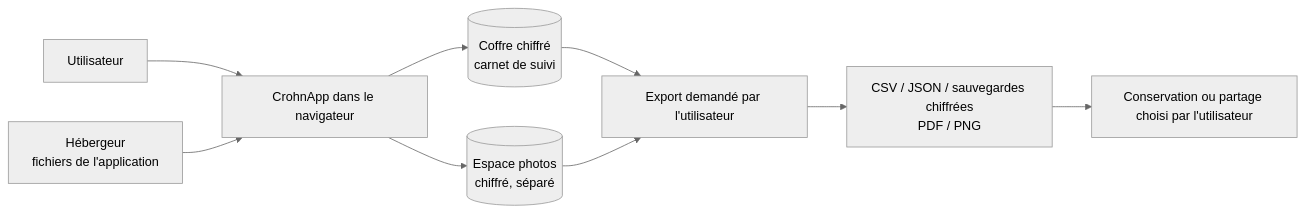
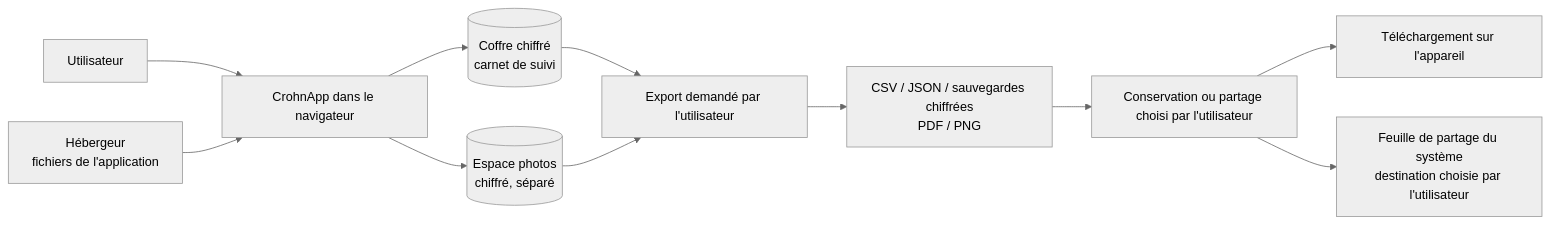
The diagram in compliance/flux_donnees.md (VivreleHpi/crohnapp-docs), drawn with Mermaid (neutral theme) before and after one commit. The commit also changed other lines of this file and 1 other file, not shown here.

Commit message:
docs(conformité): revérifier les flux de données et la sécurité des exports sur v1.2.4

````diff
--- a/compliance/flux_donnees.md
+++ b/compliance/flux_donnees.md
@@ -13,11 +10,13 @@
 ```mermaid
 flowchart LR
   U[Utilisateur] --> PWA[CrohnApp dans le navigateur]
   H[Hébergeur<br/>fichiers de l'application] --> PWA
   PWA --> Carnet[(Coffre chiffré<br/>carnet de suivi)]
   PWA --> Photos[(Espace photos<br/>chiffré, séparé)]
   Carnet --> Exports[Export demandé par l'utilisateur]
   Photos --> Exports
   Exports --> Fichiers[CSV / JSON / sauvegardes chiffrées<br/>PDF / PNG]
   Fichiers --> Choix[Conservation ou partage choisi par l'utilisateur]
+  Choix --> Telechargement[Téléchargement sur l'appareil]
+  Choix --> Feuille[Feuille de partage du système<br/>destination choisie par l'utilisateur]
 ```
````
